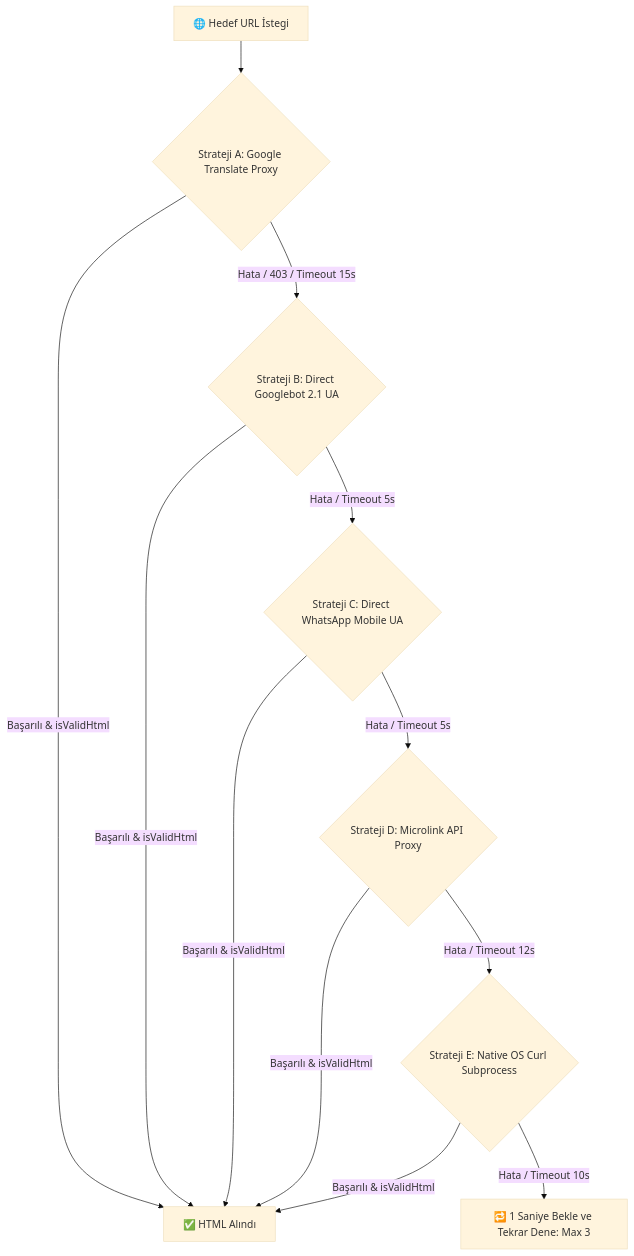
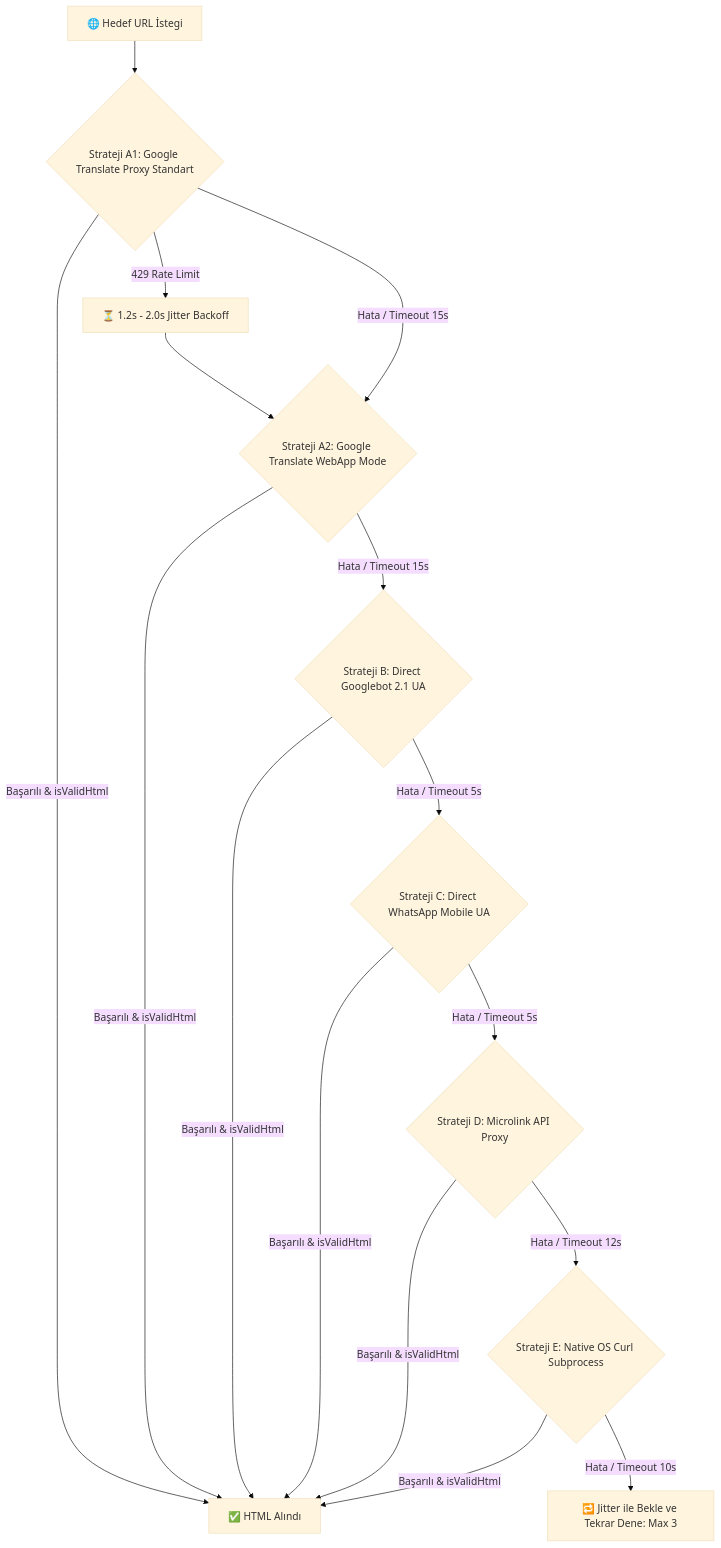
One commit to gky61/s-cak-f-rsatlar changed the second of 2 diagrams in documentation/aktuel/aktuel_kataloglar_modulu_rehberi.md. Above: the diagram before and after it, drawn with Mermaid (base theme). The commit also changed other lines of this file and 9 other files, not shown here.

````diff
--- a/documentation/aktuel/aktuel_kataloglar_modulu_rehberi.md
+++ b/documentation/aktuel/aktuel_kataloglar_modulu_rehberi.md
@@ -249,14 +249,18 @@
 ```mermaid
 graph TD
-    Start[🌐 Hedef URL İstegi] --> S1{Strateji A: Google Translate Proxy}
+    Start[🌐 Hedef URL İstegi] --> S1{Strateji A1: Google Translate Proxy Standart}
     S1 -->|Başarılı & isValidHtml| Done[✅ HTML Alındı]
-    S1 -->|Hata / 403 / Timeout 15s| S2{Strateji B: Direct Googlebot 2.1 UA}
+    S1 -->|429 Rate Limit| Jitter[⏳ 1.2s - 2.0s Jitter Backoff]
+    Jitter --> S2{Strateji A2: Google Translate WebApp Mode}
+    S1 -->|Hata / Timeout 15s| S2
     S2 -->|Başarılı & isValidHtml| Done
-    S2 -->|Hata / Timeout 5s| S3{Strateji C: Direct WhatsApp Mobile UA}
+    S2 -->|Hata / Timeout 15s| S3{Strateji B: Direct Googlebot 2.1 UA}
     S3 -->|Başarılı & isValidHtml| Done
-    S3 -->|Hata / Timeout 5s| S4{Strateji D: Microlink API Proxy}
+    S3 -->|Hata / Timeout 5s| S4{Strateji C: Direct WhatsApp Mobile UA}
     S4 -->|Başarılı & isValidHtml| Done
-    S4 -->|Hata / Timeout 12s| S5{Strateji E: Native OS Curl Subprocess}
+    S4 -->|Hata / Timeout 5s| S5{Strateji D: Microlink API Proxy}
     S5 -->|Başarılı & isValidHtml| Done
-    S5 -->|Hata / Timeout 10s| Retry[🔁 1 Saniye Bekle ve Tekrar Dene: Max 3]
+    S5 -->|Hata / Timeout 12s| S6{Strateji E: Native OS Curl Subprocess}
+    S6 -->|Başarılı & isValidHtml| Done
+    S6 -->|Hata / Timeout 10s| Retry[🔁 Jitter ile Bekle ve Tekrar Dene: Max 3]
 ```
````
